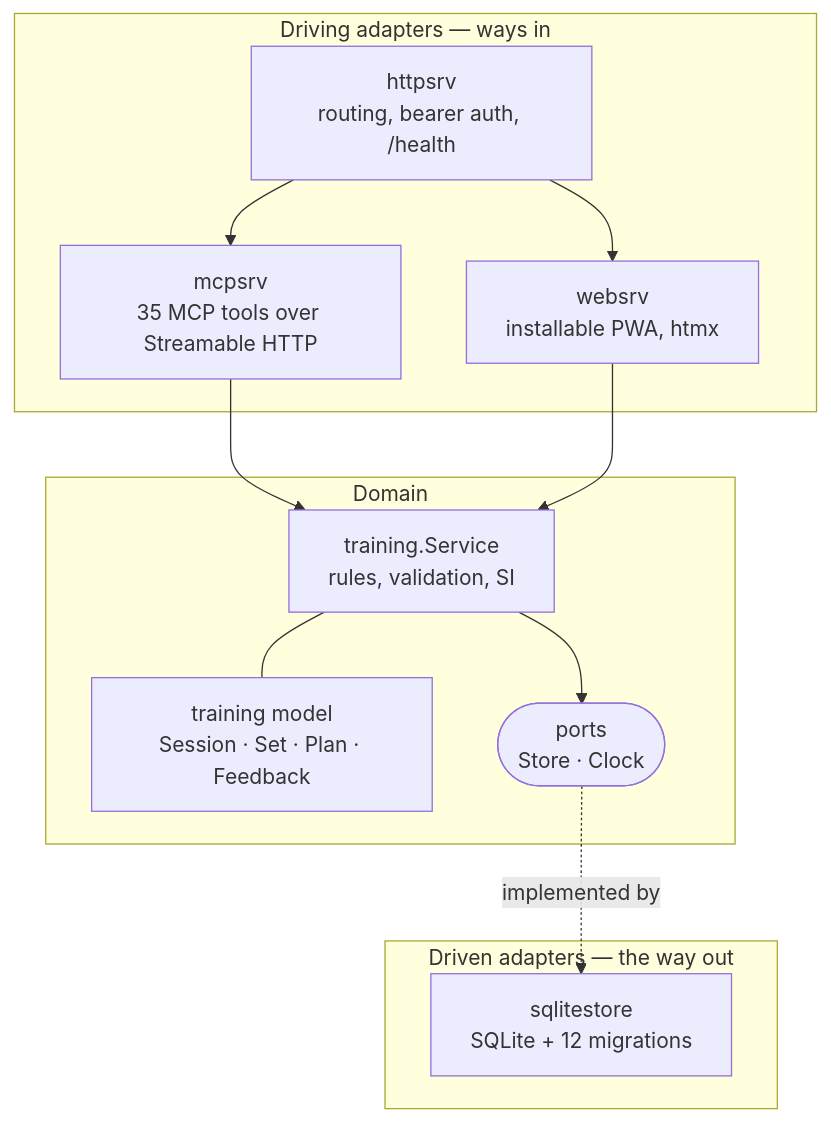
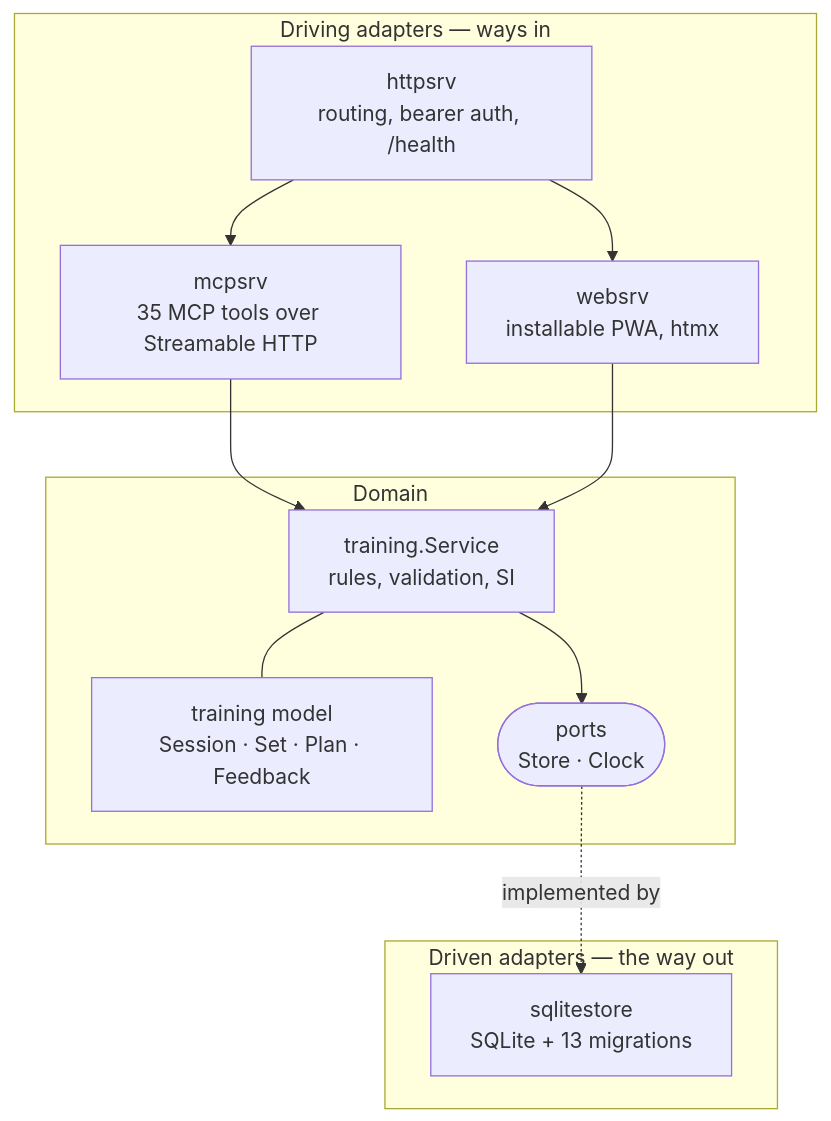
One commit to FullFran/training-mcp changed the diagram in docs/architecture.md. Above: the diagram before and after it, drawn with Mermaid. The commit also changed other lines of this file and 2 other files, not shown here.

````diff
--- a/docs/architecture.md
+++ b/docs/architecture.md
@@ -13,26 +13,26 @@
 ```mermaid
 flowchart TB
     subgraph driving["Driving adapters — ways in"]
         MCP["mcpsrv<br/>35 MCP tools over Streamable HTTP"]
         WEB["websrv<br/>installable PWA, htmx"]
         HTTP["httpsrv<br/>routing, bearer auth, /health"]
     end
 
     subgraph core["Domain"]
         SVC["training.Service<br/>rules, validation, SI"]
         MODEL["training model<br/>Session · Set · Plan · Feedback"]
         PORTS(["ports<br/>Store · Clock"])
     end
 
     subgraph driven["Driven adapters — the way out"]
-        SQL["sqlitestore<br/>SQLite + 12 migrations"]
+        SQL["sqlitestore<br/>SQLite + 13 migrations"]
     end
 
     HTTP --> MCP
     HTTP --> WEB
     MCP --> SVC
     WEB --> SVC
     SVC --- MODEL
     SVC --> PORTS
     PORTS -.implemented by.-> SQL
 ```
````
